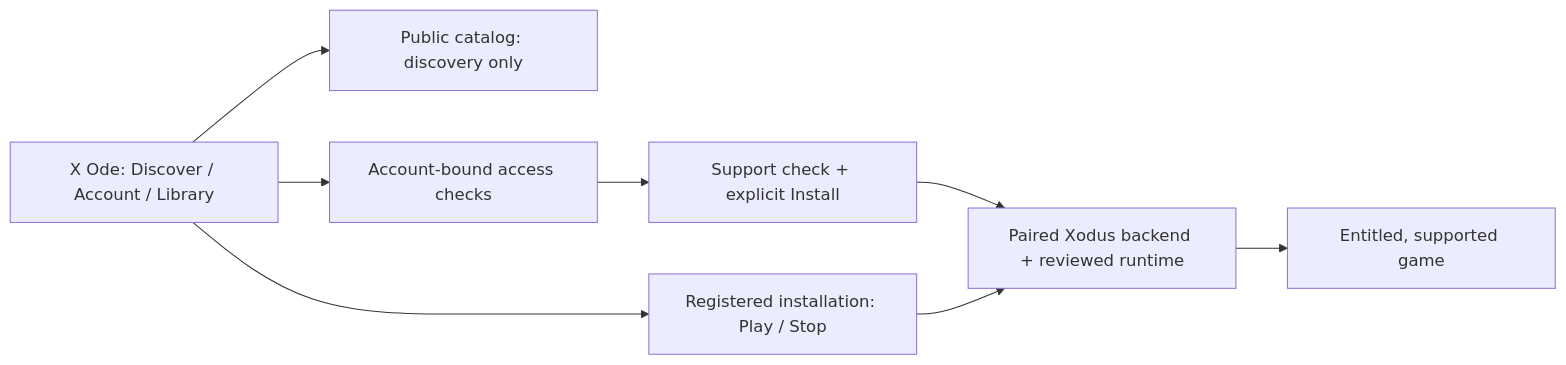
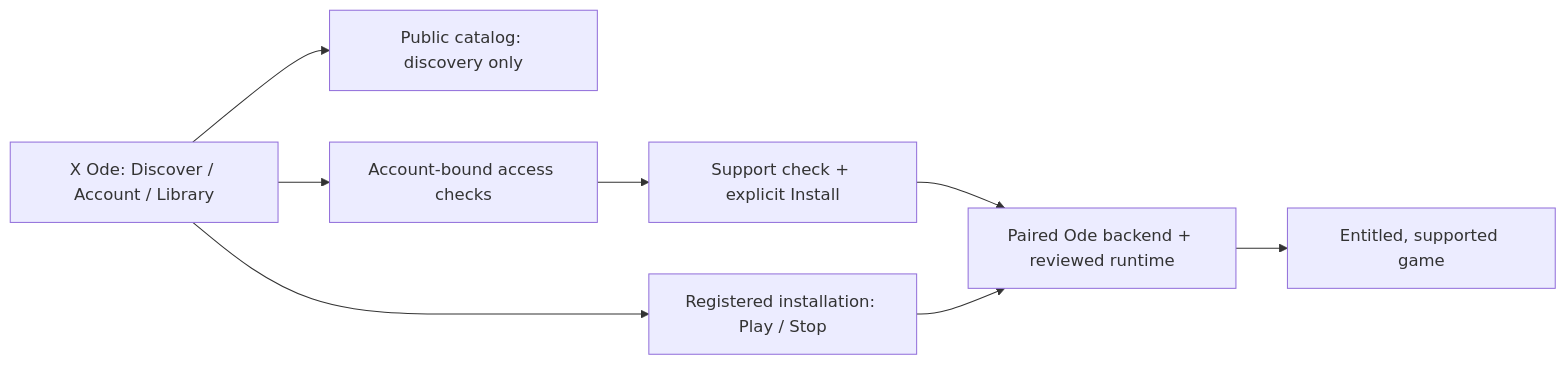
The diagram in README.md (WorkingPrinciple/xode-ui), drawn with Mermaid before and after one commit. The commit also changed other lines of this file and 497 other files, not shown here.

````diff
--- a/README.md
+++ b/README.md
@@ -38,10 +38,10 @@
 ```mermaid
 flowchart LR
     UI["X Ode: Discover / Account / Library"] --> Catalog["Public catalog: discovery only"]
     UI --> Access["Account-bound access checks"]
     Access --> Consent["Support check + explicit Install"]
-    Consent --> Backend["Paired Xodus backend + reviewed runtime"]
+    Consent --> Backend["Paired Ode backend + reviewed runtime"]
     Backend --> Game["Entitled, supported game"]
     UI --> Registered["Registered installation: Play / Stop"]
     Registered --> Backend
 ```
````
